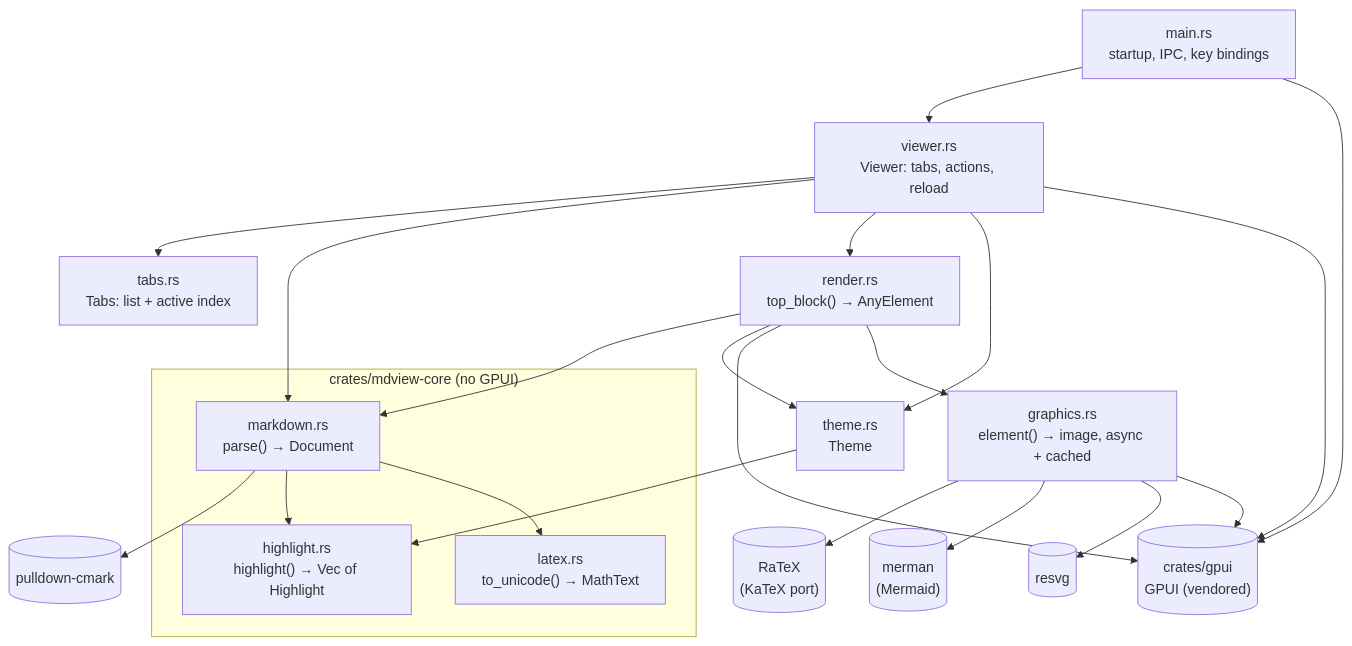
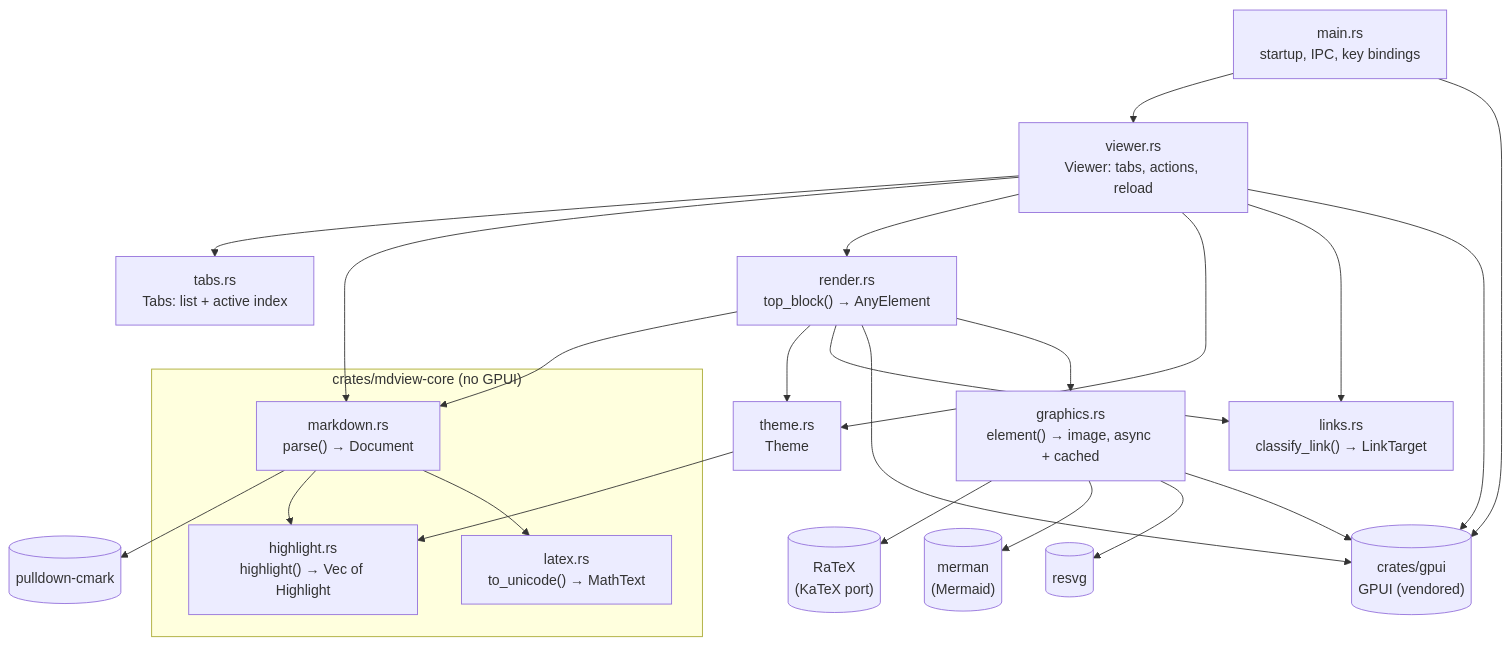
Before and after one commit to JorgeAgar/markdown-viewer-zed: the first of 5 diagrams in docs/architecture.md, drawn with Mermaid. The commit also changed other lines of this file and 4 other files, not shown here.

First line of the commit message:
Extract link routing into a tested links module

````diff
--- a/docs/architecture.md
+++ b/docs/architecture.md
@@ -27,39 +28,42 @@
 ```mermaid
 flowchart TD
     main["main.rs<br/>startup, IPC, key bindings"]
     viewer["viewer.rs<br/>Viewer: tabs, actions, reload"]
     tabs["tabs.rs<br/>Tabs: list + active index"]
     subgraph core["crates/mdview-core (no GPUI)"]
         markdown["markdown.rs<br/>parse() → Document"]
         highlight["highlight.rs<br/>highlight() → Vec of Highlight"]
         latex["latex.rs<br/>to_unicode() → MathText"]
     end
     graphics["graphics.rs<br/>element() → image, async + cached"]
     ratex[("RaTeX<br/>(KaTeX port)")]
     merman[("merman<br/>(Mermaid)")]
     resvg[("resvg")]
     render["render.rs<br/>top_block() → AnyElement"]
+    links["links.rs<br/>classify_link() → LinkTarget"]
     theme["theme.rs<br/>Theme"]
     gpui[("crates/gpui<br/>GPUI (vendored)")]
     cmark[("pulldown-cmark")]
 
     main --> viewer
     viewer --> tabs
     main --> gpui
     viewer --> markdown
     viewer --> render
     viewer --> theme
     render --> markdown
     render --> theme
+    render --> links
+    viewer --> links
     render --> gpui
     viewer --> gpui
     markdown --> cmark
     markdown --> highlight
     markdown --> latex
     theme --> highlight
     render --> graphics
     graphics --> ratex
     graphics --> merman
     graphics --> resvg
     graphics --> gpui
 ```
````
